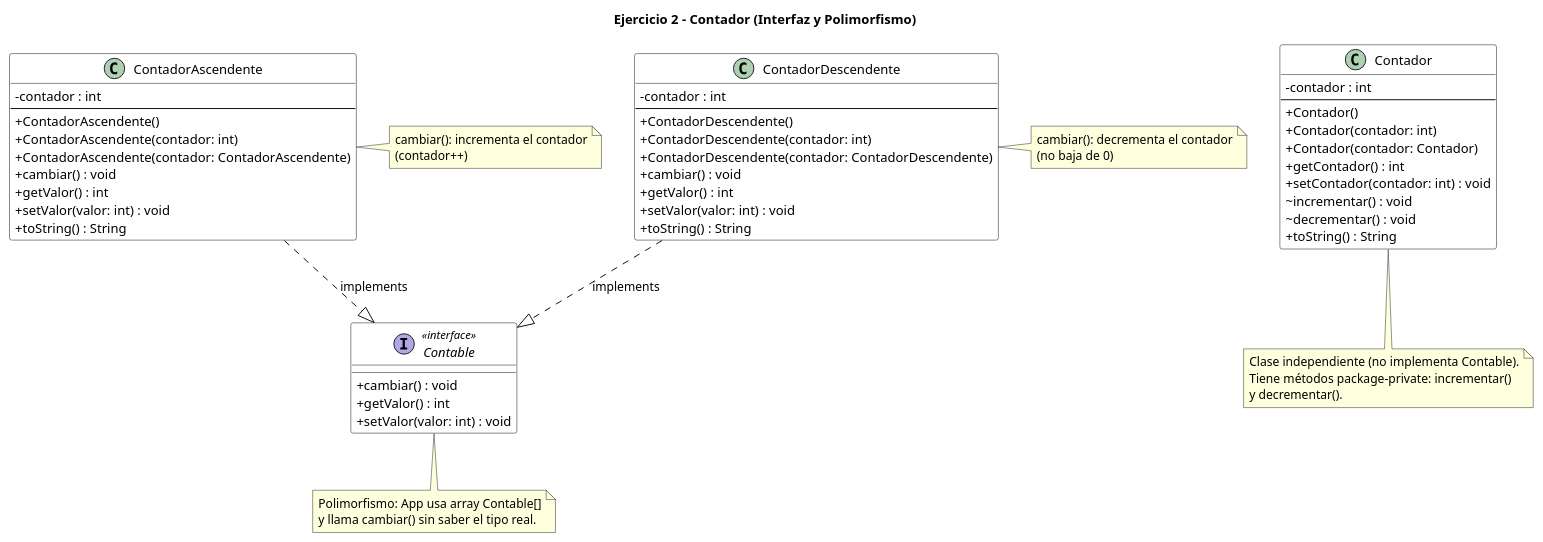
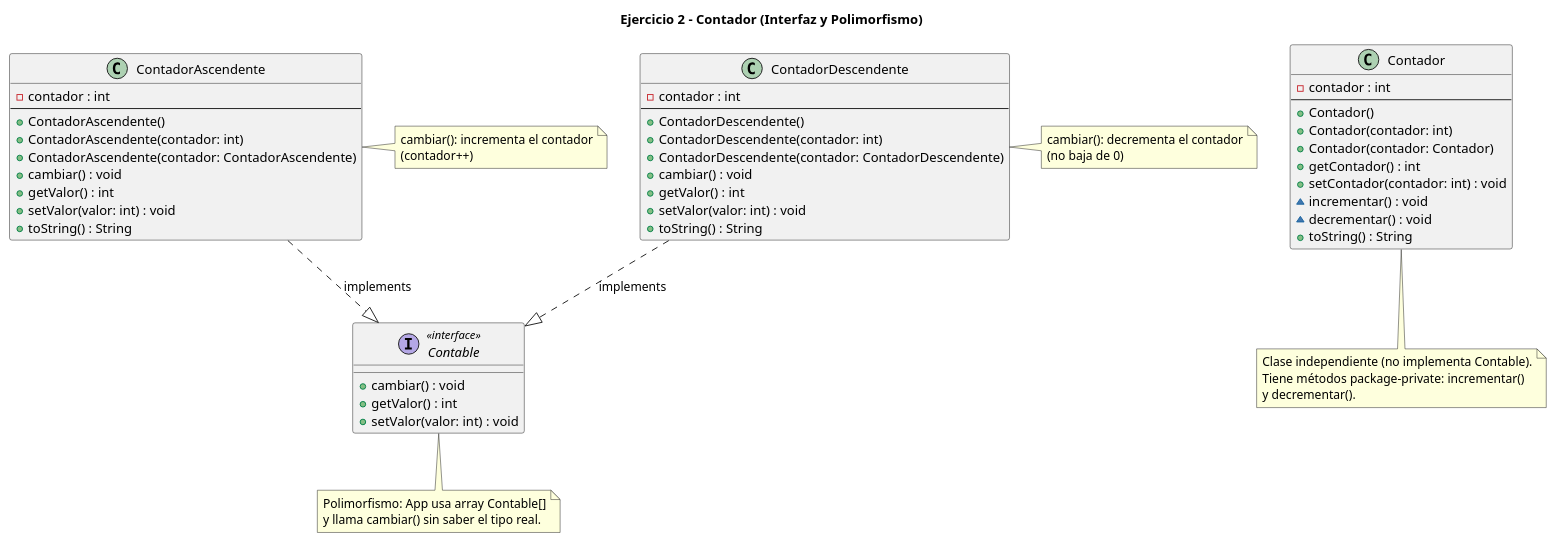
The diagram in Contador/Ejercicio2/src/diagramas.puml (JCastellanosDev/Modelado-UML-y-Sintaxis-basica), drawn with PlantUML before and after one commit. The commit also changed 6 other files, not shown here.

Commit message:
uml correcion

```diff
--- a/Contador/Ejercicio2/src/diagramas.puml
+++ b/Contador/Ejercicio2/src/diagramas.puml
@@ -1,79 +1,74 @@
 @startuml Contador
 
 title Ejercicio 2 - Contador (Interfaz y Polimorfismo)
 
-skinparam classAttributeIconSize 0
-skinparam class {
-    BackgroundColor White
-    BorderColor Black
-    ArrowColor Black
-}
+
 
 interface Contable <<interface>> {
     + cambiar() : void
     + getValor() : int
     + setValor(valor: int) : void
 }
 
 class Contador {
     - contador : int
     --
     + Contador()
     + Contador(contador: int)
     + Contador(contador: Contador)
     + getContador() : int
     + setContador(contador: int) : void
     ~ incrementar() : void
     ~ decrementar() : void
     + toString() : String
 }
 
 class ContadorAscendente {
     - contador : int
     --
     + ContadorAscendente()
     + ContadorAscendente(contador: int)
     + ContadorAscendente(contador: ContadorAscendente)
     + cambiar() : void
     + getValor() : int
     + setValor(valor: int) : void
     + toString() : String
 }
 
 class ContadorDescendente {
     - contador : int
     --
     + ContadorDescendente()
     + ContadorDescendente(contador: int)
     + ContadorDescendente(contador: ContadorDescendente)
     + cambiar() : void
     + getValor() : int
     + setValor(valor: int) : void
     + toString() : String
 }
 
 ContadorAscendente  ..|> Contable : implements
 ContadorDescendente ..|> Contable : implements
 
 note right of ContadorAscendente
   cambiar(): incrementa el contador
   (contador++)
 end note
 
 note right of ContadorDescendente
   cambiar(): decrementa el contador
   (no baja de 0)
 end note
 
 note bottom of Contador
   Clase independiente (no implementa Contable).
   Tiene métodos package-private: incrementar()
   y decrementar().
 end note
 
 note bottom of Contable
   Polimorfismo: App usa array Contable[]
   y llama cambiar() sin saber el tipo real.
 end note
 
 @enduml
```
